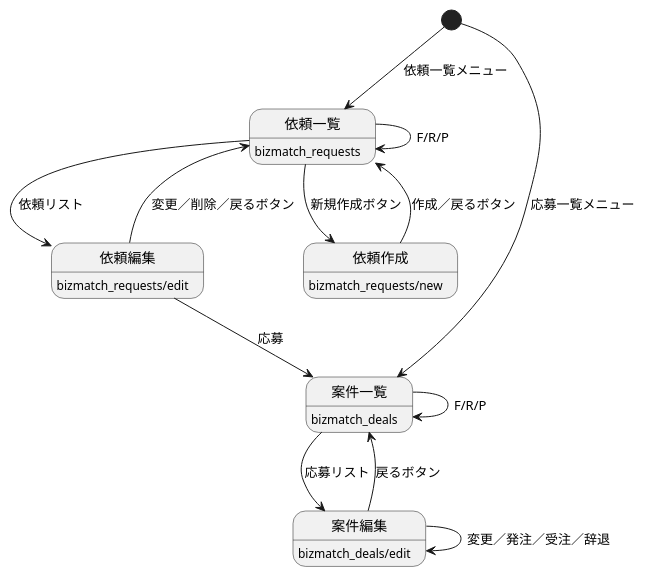
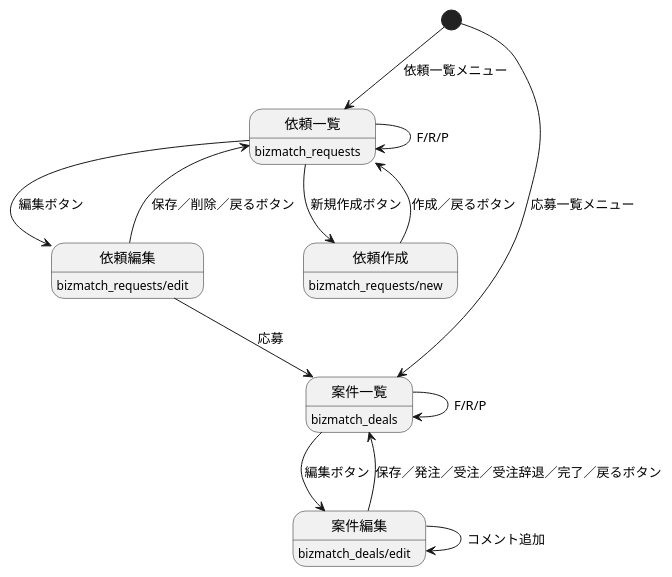
The diagram in docs/bizmatch.pu (cedge1michi/tass_mock-frontend), drawn with PlantUML before and after one commit. The commit also changed 27 other files, not shown here.

```diff
--- a/docs/bizmatch.pu
+++ b/docs/bizmatch.pu
@@ -1,27 +1,27 @@
 @startuml ビジネスマッチング
 [*] --> 依頼一覧: 依頼一覧メニュー
 
-依頼一覧 --> 依頼編集: 依頼リスト
-依頼編集 --> 依頼一覧: 変更／削除／戻るボタン
+依頼一覧 --> 依頼編集: 編集ボタン
+依頼編集 --> 依頼一覧: 保存／削除／戻るボタン
 
 依頼一覧 --> 依頼作成: 新規作成ボタン
 依頼作成 --> 依頼一覧: 作成／戻るボタン
 
 依頼一覧 --> 依頼一覧: F/R/P
 依頼編集 --> 案件一覧: 応募
 
 依頼一覧: bizmatch_requests
 依頼作成: bizmatch_requests/new
 依頼編集: bizmatch_requests/edit
 
 [*] --> 案件一覧: 応募一覧メニュー
 
-案件一覧 --> 案件編集: 応募リスト
-案件編集 --> 案件一覧: 戻るボタン
+案件一覧 --> 案件編集: 編集ボタン
+案件編集 --> 案件一覧: 保存／発注／受注／受注辞退／完了／戻るボタン
 
 案件一覧 --> 案件一覧: F/R/P
-案件編集 --> 案件編集: 変更／発注／受注／辞退
+案件編集 --> 案件編集: コメント追加
 
 案件一覧: bizmatch_deals
 案件編集: bizmatch_deals/edit
 @enduml
```
